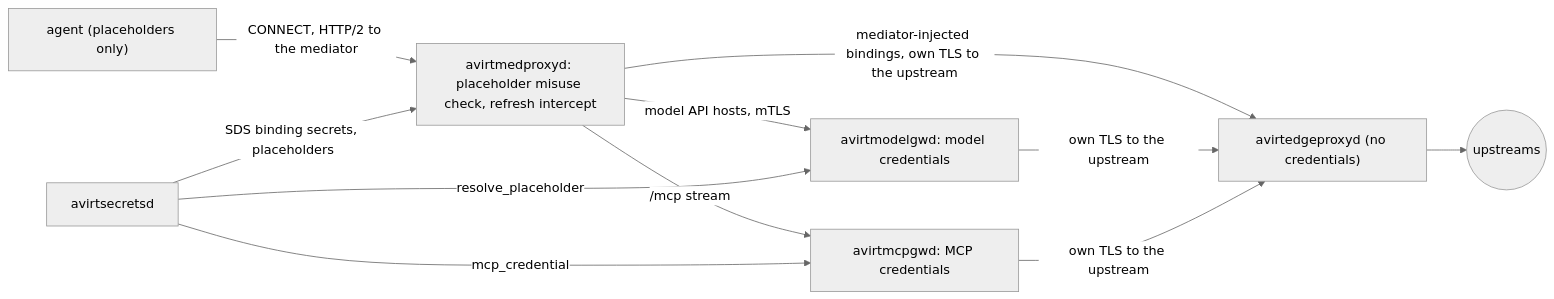
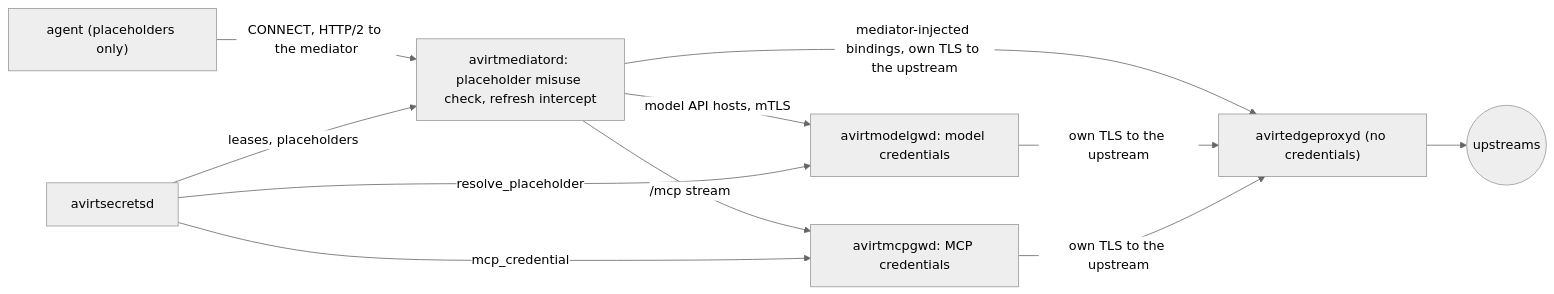
Before and after one commit to tbhb-dev/avirt: the second of 3 diagrams in docs/egress-credentials.md, drawn with Mermaid (neutral theme). The commit also changed other lines of this file and 116 other files, not shown here.

````diff
--- a/docs/egress-credentials.md
+++ b/docs/egress-credentials.md
@@ -116,13 +116,13 @@
 ```mermaid
 flowchart LR
-    agent["agent (placeholders only)"] -->|"CONNECT, HTTP/2 to the mediator"| me["avirtmedproxyd: placeholder misuse check, refresh intercept"]
+    agent["agent (placeholders only)"] -->|"CONNECT, HTTP/2 to the mediator"| me["avirtmediatord: placeholder misuse check, refresh intercept"]
     me -->|"model API hosts, mTLS"| mg["avirtmodelgwd: model credentials"]
     me -->|"/mcp stream"| mcp["avirtmcpgwd: MCP credentials"]
     me -->|"mediator-injected bindings, own TLS to the upstream"| fd["avirtedgeproxyd (no credentials)"]
     mg -->|"own TLS to the upstream"| fd
     mcp -->|"own TLS to the upstream"| fd
     fd --> up(("upstreams"))
     sec["avirtsecretsd"] -->|"resolve_placeholder"| mg
     sec -->|"mcp_credential"| mcp
-    sec -->|"SDS binding secrets, placeholders"| me
+    sec -->|"leases, placeholders"| me
 ```
````
